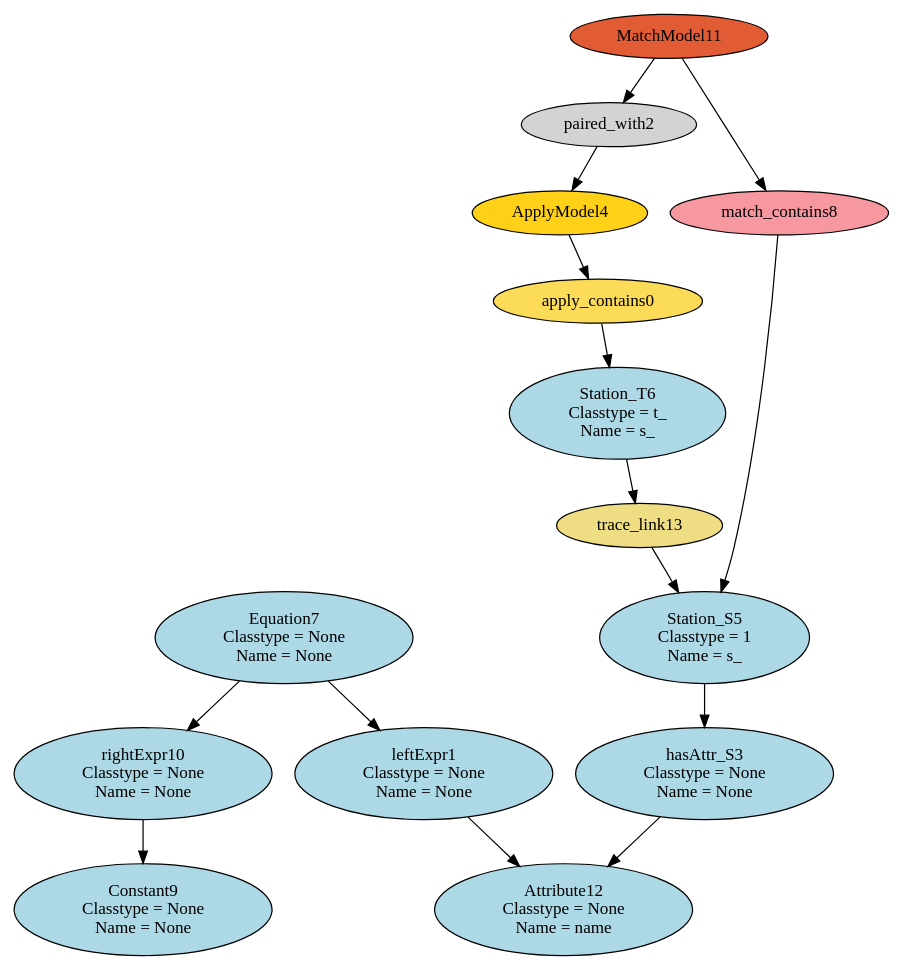
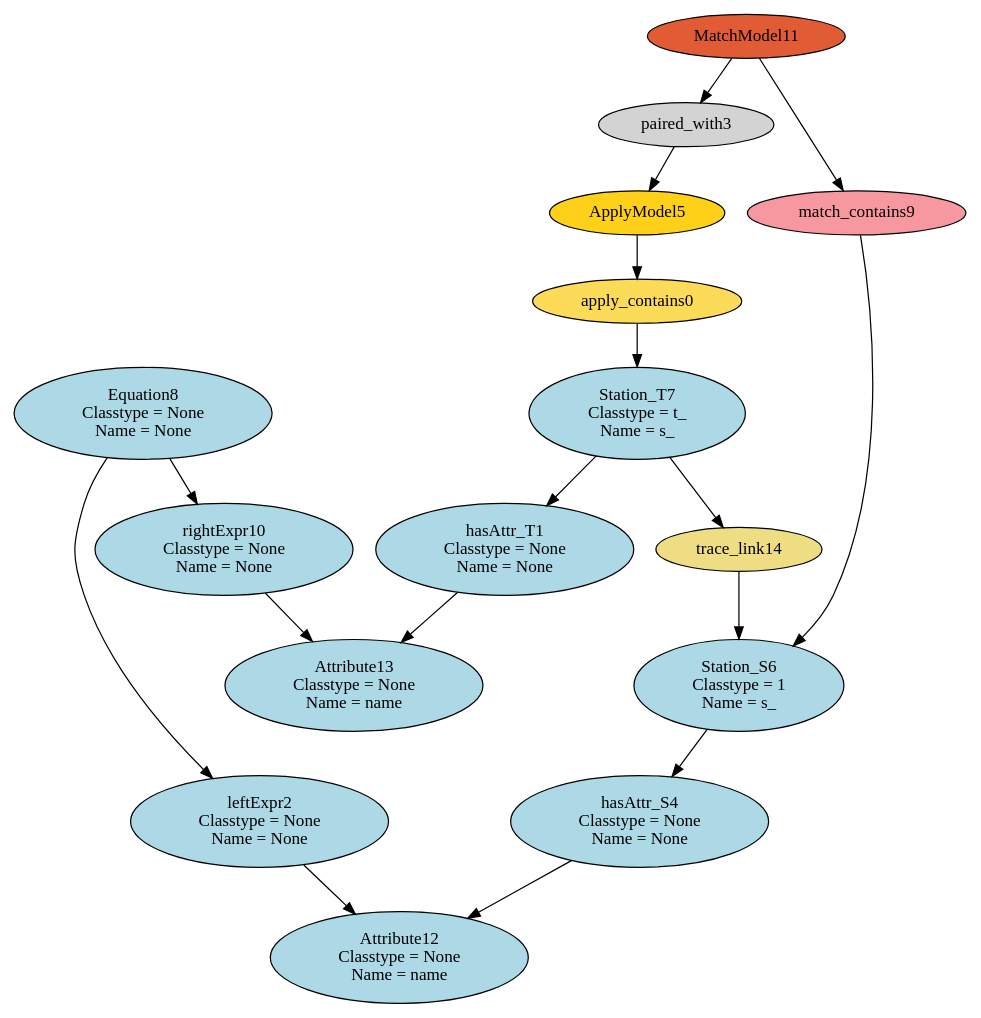
Before and after one commit to levilucio/SyVOLT: the diagram in dot/HEmptyPathCondition_HS2S.dot, drawn with Graphviz. The commit also changed 20 other files, not shown here.

```diff
--- a/dot/HEmptyPathCondition_HS2S.dot
+++ b/dot/HEmptyPathCondition_HS2S.dot
@@ -1,30 +1,33 @@
 digraph HEmptyPathCondition_HS2S {
 apply_contains0 [style=filled, fillcolor="#FCDB58"];
-"leftExpr1\n Classtype = None\n Name = None" [style=filled, fillcolor=lightblue];
-paired_with2 [style=filled, fillcolor=lightgray];
-"hasAttr_S3\n Classtype = None\n Name = None" [style=filled, fillcolor=lightblue];
-ApplyModel4 [style=filled, fillcolor="#FED017"];
-"Station_S5\n Classtype = 1\n Name = s_" [style=filled, fillcolor=lightblue];
-"Station_T6\n Classtype = t_\n Name = s_" [style=filled, fillcolor=lightblue];
-"Equation7\n Classtype = None\n Name = None" [style=filled, fillcolor=lightblue];
-match_contains8 [style=filled, fillcolor="#F798A1"];
-"Constant9\n Classtype = None\n Name = None" [style=filled, fillcolor=lightblue];
+"hasAttr_T1\n Classtype = None\n Name = None" [style=filled, fillcolor=lightblue];
+"leftExpr2\n Classtype = None\n Name = None" [style=filled, fillcolor=lightblue];
+paired_with3 [style=filled, fillcolor=lightgray];
+"hasAttr_S4\n Classtype = None\n Name = None" [style=filled, fillcolor=lightblue];
+ApplyModel5 [style=filled, fillcolor="#FED017"];
+"Station_S6\n Classtype = 1\n Name = s_" [style=filled, fillcolor=lightblue];
+"Station_T7\n Classtype = t_\n Name = s_" [style=filled, fillcolor=lightblue];
+"Equation8\n Classtype = None\n Name = None" [style=filled, fillcolor=lightblue];
+match_contains9 [style=filled, fillcolor="#F798A1"];
 "rightExpr10\n Classtype = None\n Name = None" [style=filled, fillcolor=lightblue];
 MatchModel11 [style=filled, fillcolor="#E15C34"];
 "Attribute12\n Classtype = None\n Name = name" [style=filled, fillcolor=lightblue];
-trace_link13 [style=filled, fillcolor=lightgoldenrod];
-ApplyModel4 -> apply_contains0;
-apply_contains0 -> "Station_T6\n Classtype = t_\n Name = s_";
-"Equation7\n Classtype = None\n Name = None" -> "leftExpr1\n Classtype = None\n Name = None";
-"leftExpr1\n Classtype = None\n Name = None" -> "Attribute12\n Classtype = None\n Name = name";
-MatchModel11 -> paired_with2;
-paired_with2 -> ApplyModel4;
-"Station_S5\n Classtype = 1\n Name = s_" -> "hasAttr_S3\n Classtype = None\n Name = None";
-"hasAttr_S3\n Classtype = None\n Name = None" -> "Attribute12\n Classtype = None\n Name = name";
-match_contains8 -> "Station_S5\n Classtype = 1\n Name = s_";
-"Equation7\n Classtype = None\n Name = None" -> "rightExpr10\n Classtype = None\n Name = None";
-MatchModel11 -> match_contains8;
-"rightExpr10\n Classtype = None\n Name = None" -> "Constant9\n Classtype = None\n Name = None";
-trace_link13 -> "Station_S5\n Classtype = 1\n Name = s_";
-"Station_T6\n Classtype = t_\n Name = s_" -> trace_link13;
+"Attribute13\n Classtype = None\n Name = name" [style=filled, fillcolor=lightblue];
+trace_link14 [style=filled, fillcolor=lightgoldenrod];
+ApplyModel5 -> apply_contains0;
+apply_contains0 -> "Station_T7\n Classtype = t_\n Name = s_";
+"Station_T7\n Classtype = t_\n Name = s_" -> "hasAttr_T1\n Classtype = None\n Name = None";
+"hasAttr_T1\n Classtype = None\n Name = None" -> "Attribute13\n Classtype = None\n Name = name";
+"Equation8\n Classtype = None\n Name = None" -> "leftExpr2\n Classtype = None\n Name = None";
+"leftExpr2\n Classtype = None\n Name = None" -> "Attribute12\n Classtype = None\n Name = name";
+MatchModel11 -> paired_with3;
+paired_with3 -> ApplyModel5;
+"Station_S6\n Classtype = 1\n Name = s_" -> "hasAttr_S4\n Classtype = None\n Name = None";
+"hasAttr_S4\n Classtype = None\n Name = None" -> "Attribute12\n Classtype = None\n Name = name";
+match_contains9 -> "Station_S6\n Classtype = 1\n Name = s_";
+"Equation8\n Classtype = None\n Name = None" -> "rightExpr10\n Classtype = None\n Name = None";
+MatchModel11 -> match_contains9;
+"rightExpr10\n Classtype = None\n Name = None" -> "Attribute13\n Classtype = None\n Name = name";
+trace_link14 -> "Station_S6\n Classtype = 1\n Name = s_";
+"Station_T7\n Classtype = t_\n Name = s_" -> trace_link14;
 }
```
